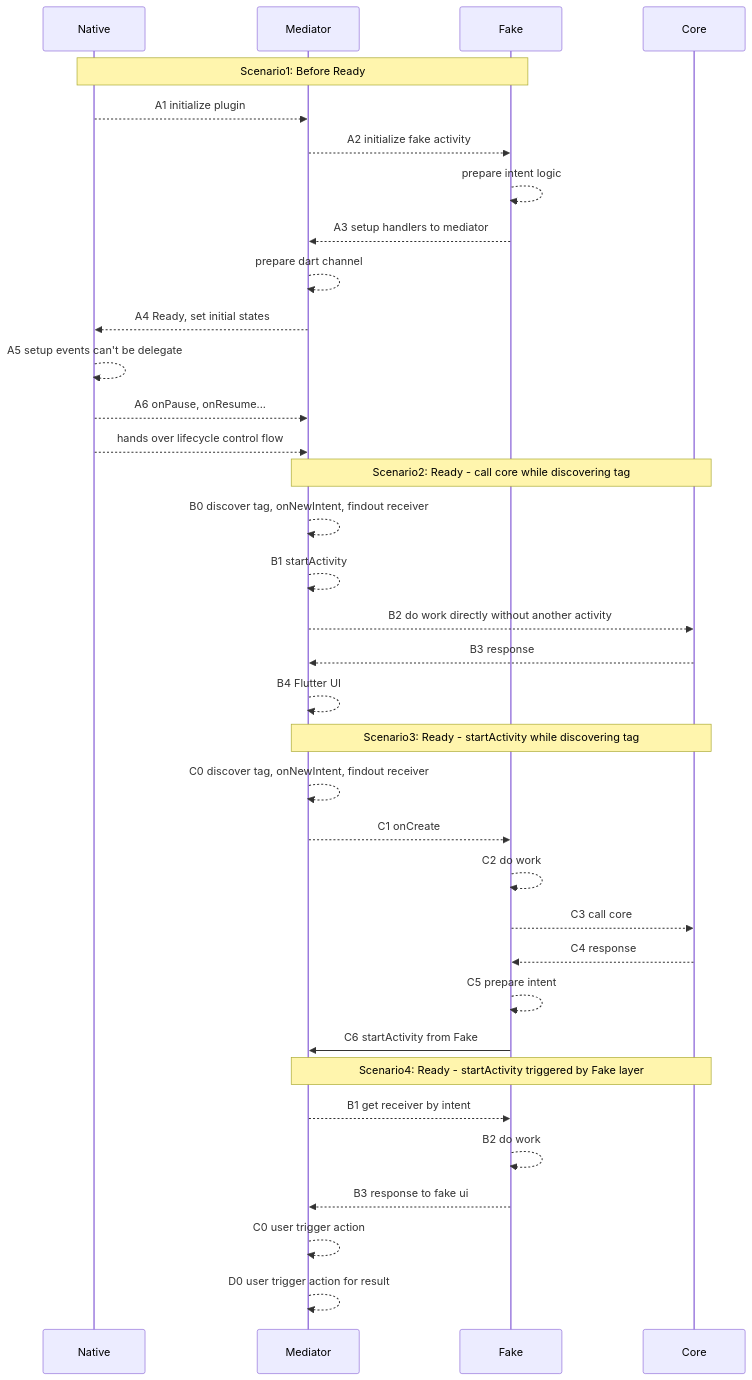
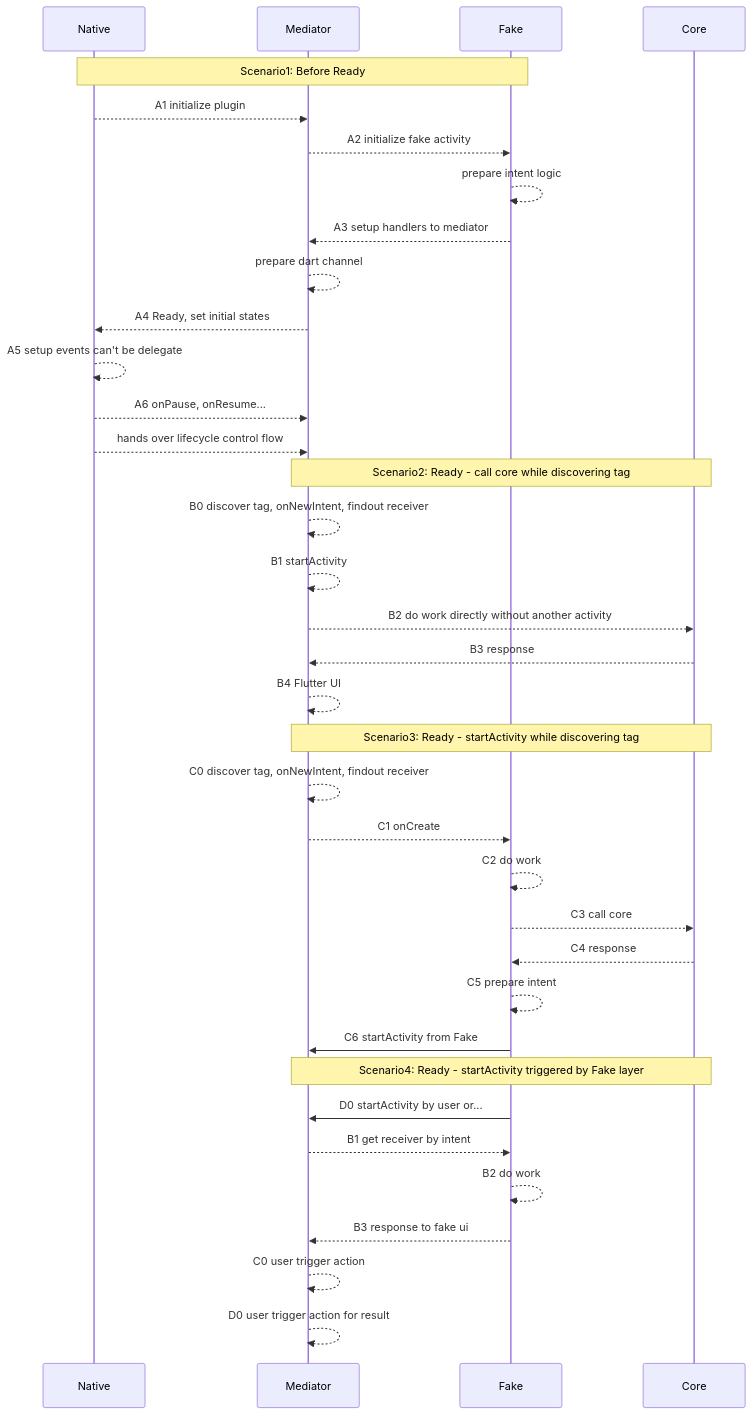
One commit to gordianknotC/nxp_note changed the second of 2 diagrams in flutter/addActivityResultListener.md. Above: the diagram before and after it, drawn with Mermaid. The commit also changed other lines of this file, not shown here.

Commit message:
flutter/addActivityResultListener.md updated from https://stackedit.io/

````diff
--- a/flutter/addActivityResultListener.md
+++ b/flutter/addActivityResultListener.md
@@ -55,57 +55,57 @@
 ```mermaid
 sequenceDiagram
 participant Native
 participant Mediator
 participant Fake
 participant Core
 
 
 Note over Native, Fake: Scenario1: Before Ready
 
 Native -->> Mediator: A1 initialize plugin
 Mediator -->> Fake: A2 initialize fake activity
 Fake -->> Fake: prepare intent logic
 Fake -->> Mediator: A3 setup handlers to mediator
 Mediator -->> Mediator: prepare dart channel
 Mediator -->> Native: A4 Ready, set initial states
 Native -->> Native: A5 setup events can't be delegate
 Native -->> Mediator: A6 onPause, onResume...
 Native -->> Mediator: hands over lifecycle control flow
 
 
 Note over Mediator, Core: Scenario2: Ready - call core while discovering tag 
 
 Mediator-->> Mediator: B0 discover tag, onNewIntent, findout receiver
 Mediator-->>Mediator: B1 startActivity
 Mediator-->>Core: B2 do work directly without another activity
 Core-->>Mediator: B3 response
 Mediator-->>Mediator: B4 Flutter UI
 
 
 Note over Mediator, Core: Scenario3: Ready - startActivity while discovering tag
 
 Mediator-->> Mediator: C0 discover tag, onNewIntent, findout receiver
 Mediator-->>Fake: C1 onCreate
 Fake-->>Fake: C2 do work
 Fake-->>Core:C3 call core
 Core-->>Fake:C4 response
 Fake-->>Fake:C5 prepare intent
 Fake->>Mediator: C6 startActivity from Fake
 
 
 Note over Mediator, Core: Scenario4: Ready - startActivity triggered by Fake layer
 
-
+Fake->>Mediator: D0 startActivity by user or...
 
 
 Mediator-->>Fake: B1 get receiver by intent
 Fake-->>Fake:B2 do work
 
 Fake-->>Mediator:B3 response to fake ui
 
  
  Mediator-->>Mediator: C0 user trigger action
  
  Mediator-->>Mediator: D0 user trigger action for result
 
 ```
````
